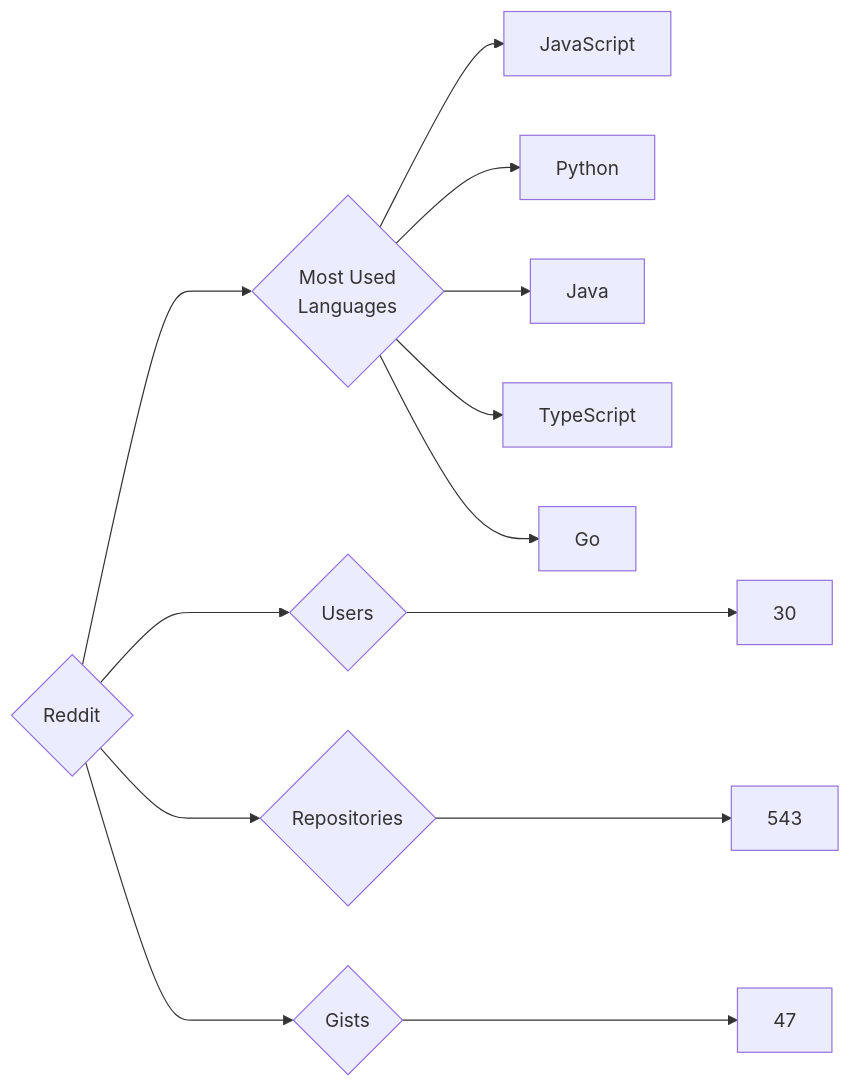
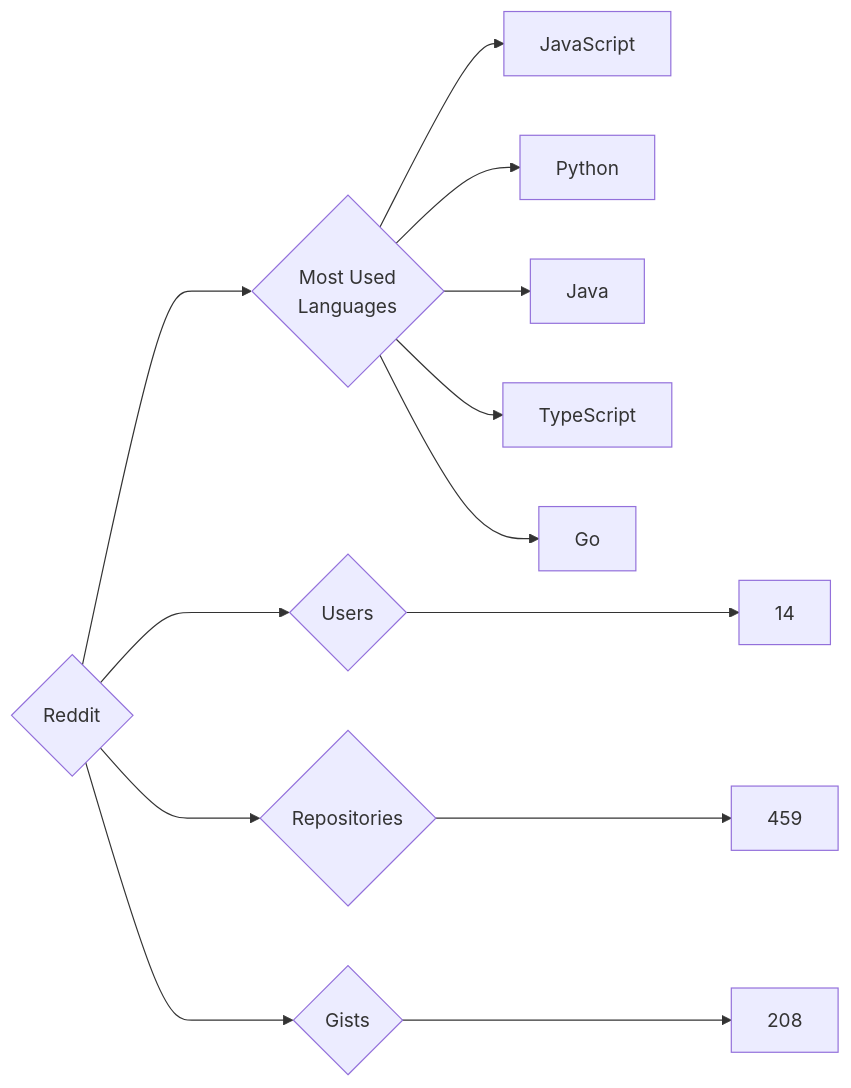
Before and after one commit to trickest/insiders: the diagram in targets/Reddit/README.md, drawn with Mermaid. The commit also changed 833 other files, not shown here.

````diff
--- a/targets/Reddit/README.md
+++ b/targets/Reddit/README.md
@@ -3,13 +3,13 @@
 ```mermaid
 graph LR
 COMPANY_NAME{Reddit}
-COMPANY_NAME ---> U{Users} ---> UN[30]
-COMPANY_NAME ---> R{Repositories} ---> RN[543]
-COMPANY_NAME ---> G{Gists} ---> GN[47]
+COMPANY_NAME ---> U{Users} ---> UN[14]
+COMPANY_NAME ---> R{Repositories} ---> RN[459]
+COMPANY_NAME ---> G{Gists} ---> GN[208]
 COMPANY_NAME ---> ML{Most Used<br>Languages}
 ML --> JavaScript[JavaScript]
 ML --> Python[Python]
 ML --> Java[Java]
 ML --> TypeScript[TypeScript]
 ML --> Go[Go]
 ```
````
